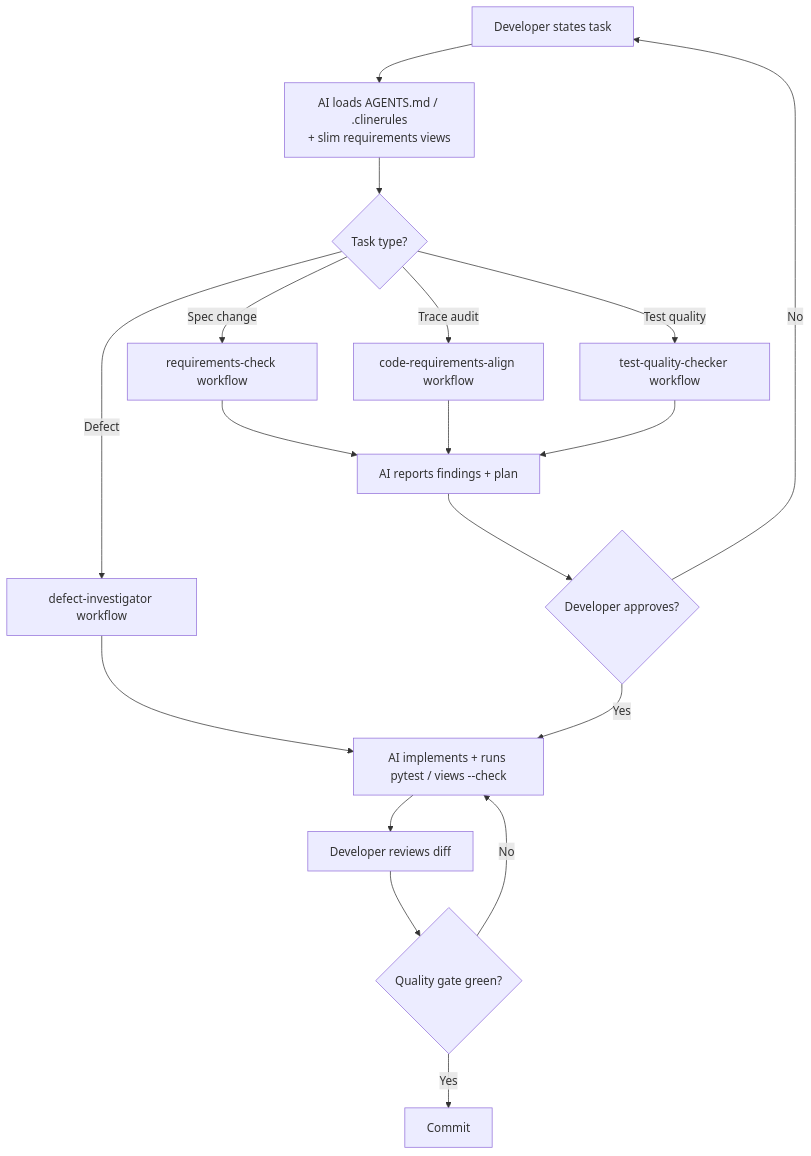
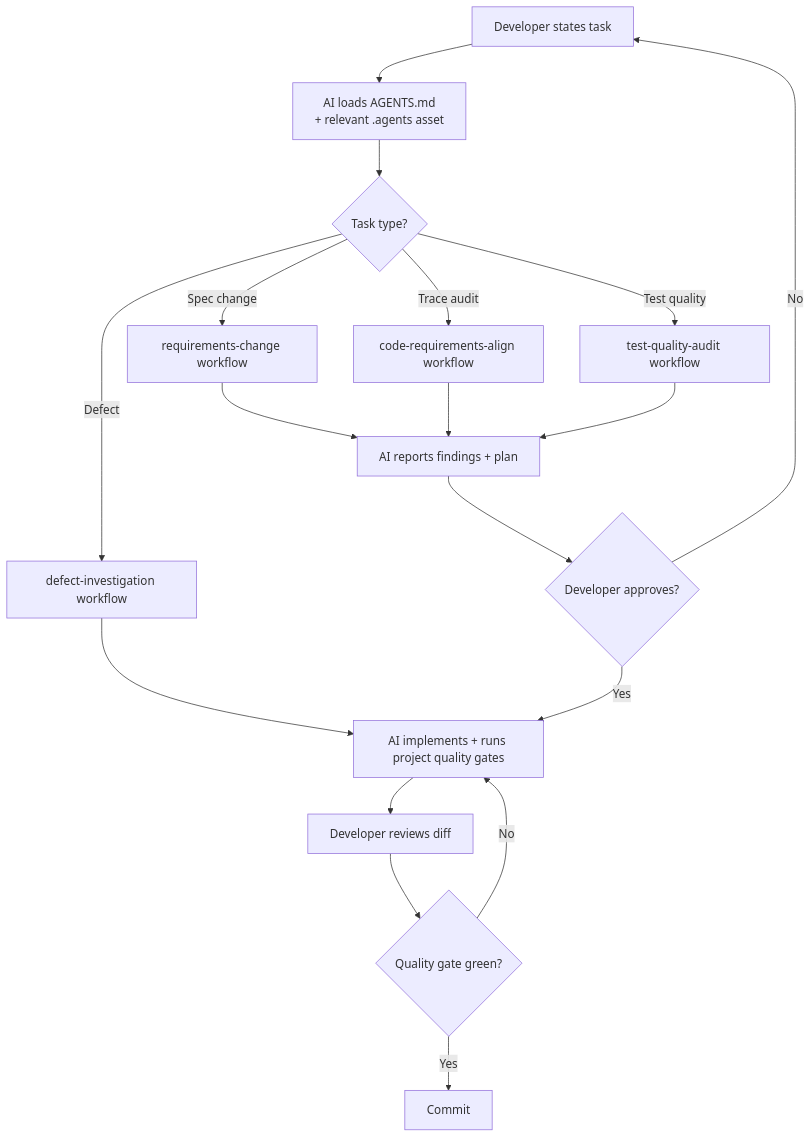
The fourth of 6 diagrams in docs/dev_guideline.md (turbo-gecko/CPM_FM), drawn with Mermaid before and after one commit. The commit also changed other lines of this file and 29 other files, not shown here.

````diff
--- a/docs/dev_guideline.md
+++ b/docs/dev_guideline.md
@@ -273,20 +280,20 @@
 ```mermaid
 flowchart TD
-    A[Developer states task] --> B[AI loads AGENTS.md / .clinerules<br/>+ slim requirements views]
+    A[Developer states task] --> B[AI loads AGENTS.md<br/>+ relevant .agents asset]
     B --> C{Task type?}
-    C -- Spec change --> D[requirements-check workflow]
+    C -- Spec change --> D[requirements-change workflow]
     C -- Trace audit --> E[code-requirements-align workflow]
-    C -- Defect --> F[defect-investigator workflow]
-    C -- Test quality --> G[test-quality-checker workflow]
+    C -- Defect --> F[defect-investigation workflow]
+    C -- Test quality --> G[test-quality-audit workflow]
     D --> H[AI reports findings + plan]
     E --> H
-    F --> I[AI implements + runs pytest / views --check]
+    F --> I[AI implements + runs project quality gates]
     G --> H
     H --> J{Developer approves?}
     J -- No --> A
     J -- Yes --> I
     I --> K[Developer reviews diff]
     K --> L{Quality gate green?}
     L -- No --> I
     L -- Yes --> M[Commit]
 ```
````
